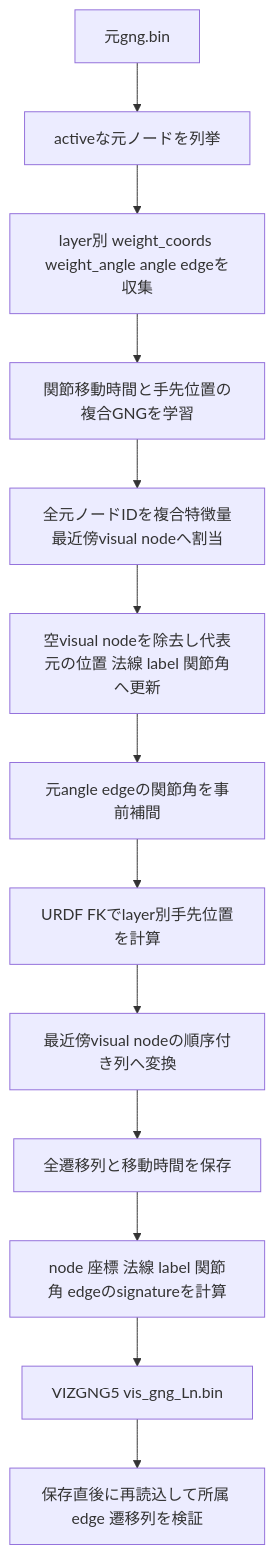
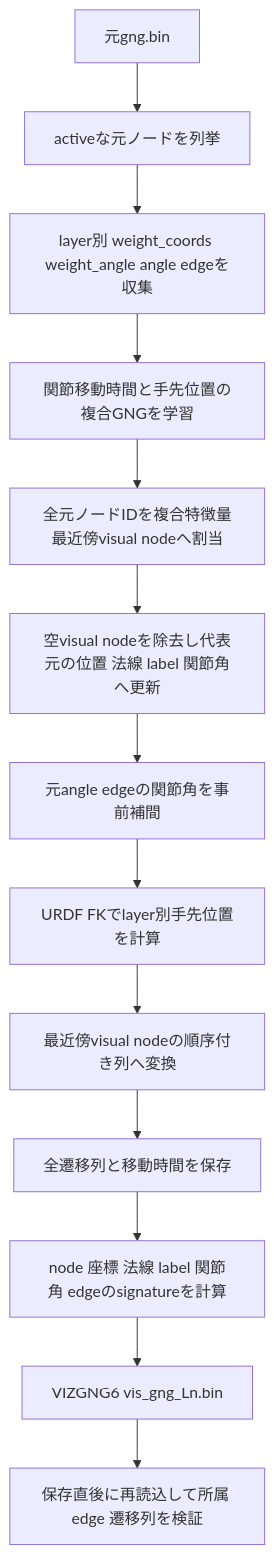
Before and after one commit to uraki-UH/arm_avoidance: the ninth of 10 diagrams in gng_vlut_system/docs/TECHNICAL_SPEC.md, drawn with Mermaid. The commit also changed other lines of this file and 193 other files, not shown here.

````diff
--- a/gng_vlut_system/docs/TECHNICAL_SPEC.md
+++ b/gng_vlut_system/docs/TECHNICAL_SPEC.md
@@ -917,15 +934,15 @@
 ```mermaid
 flowchart TD
     A[元gng.bin] --> B[activeな元ノードを列挙]
     B --> C[layer別 weight_coords weight_angle angle edgeを収集]
     C --> D[関節移動時間と手先位置の複合GNGを学習]
     D --> E[全元ノードIDを複合特徴量最近傍visual nodeへ割当]
     E --> F[空visual nodeを除去し代表元の位置 法線 label 関節角へ更新]
     F --> G[元angle edgeの関節角を事前補間]
     G --> H[URDF FKでlayer別手先位置を計算]
     H --> I[最近傍visual nodeの順序付き列へ変換]
     I --> J[全遷移列と移動時間を保存]
     J --> K[node 座標 法線 label 関節角 edgeのsignatureを計算]
-    K --> L[VIZGNG5 vis_gng_Ln.bin]
+    K --> L[VIZGNG6 vis_gng_Ln.bin]
     L --> M[保存直後に再読込して所属 edge 遷移列を検証]
 ```
````
